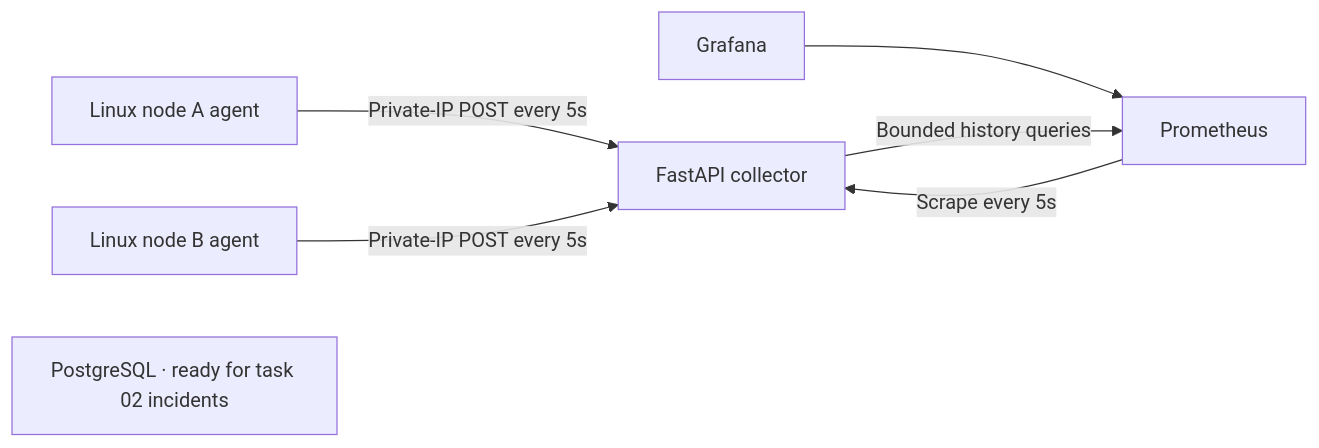
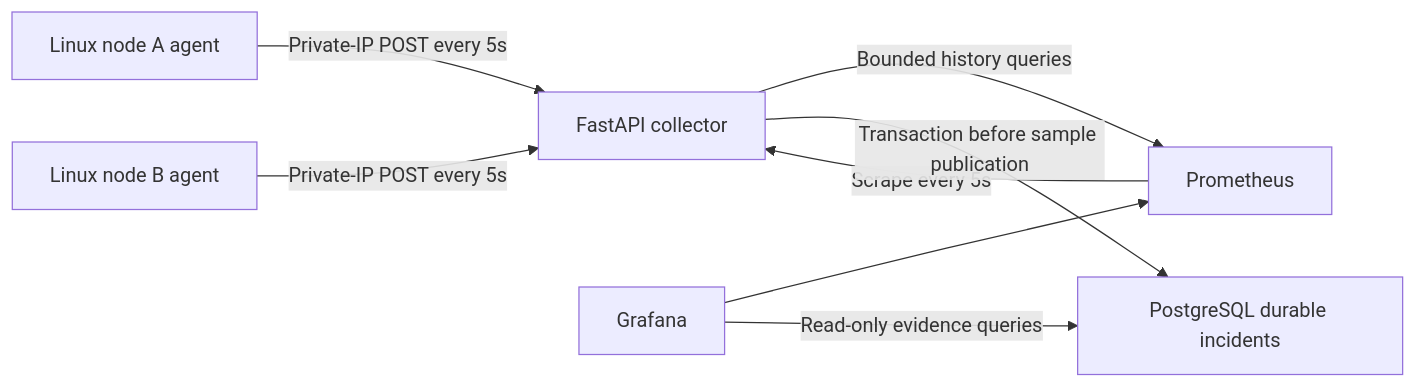
The diagram in README.md (NguyenVietMy/FleetDoctor), drawn with Mermaid before and after one commit. The commit also changed other lines of this file and 43 other files, not shown here.

````diff
--- a/README.md
+++ b/README.md
@@ -5,9 +5,11 @@
 ```mermaid
 flowchart LR
     A[Linux node A agent] -->|Private-IP POST every 5s| C[FastAPI collector]
     B[Linux node B agent] -->|Private-IP POST every 5s| C
     P[Prometheus] -->|Scrape every 5s| C
     G[Grafana] --> P
     C -->|Bounded history queries| P
-    D[PostgreSQL · ready for task 02 incidents]
+    D[PostgreSQL durable incidents]
+    C -->|Transaction before sample publication| D
+    G -->|Read-only evidence queries| D
 ```
````
